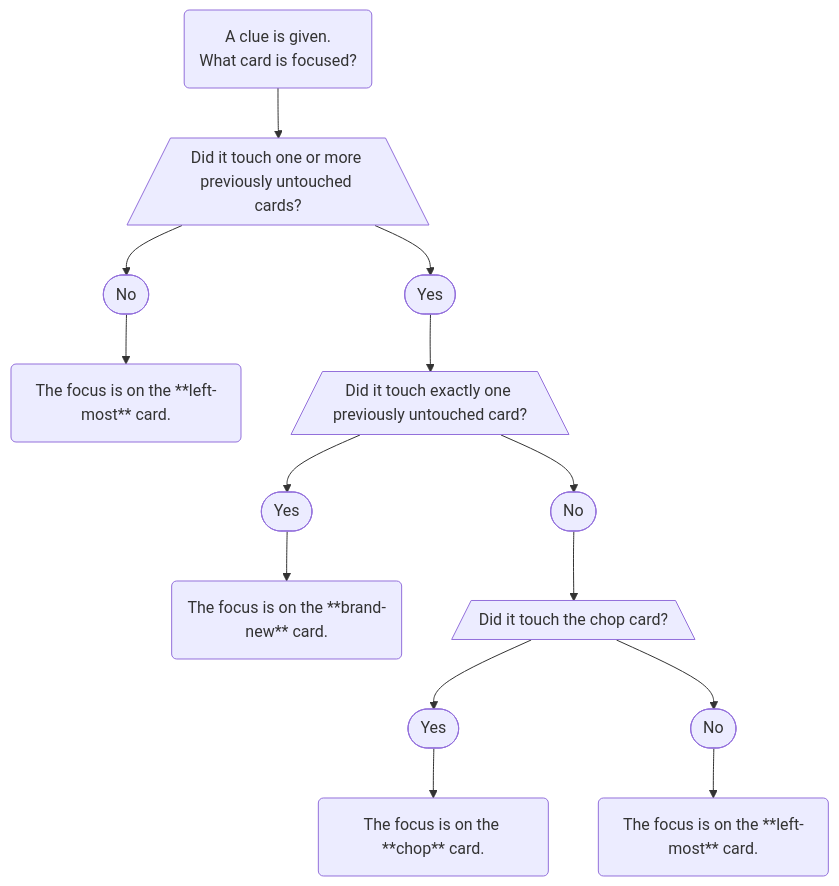
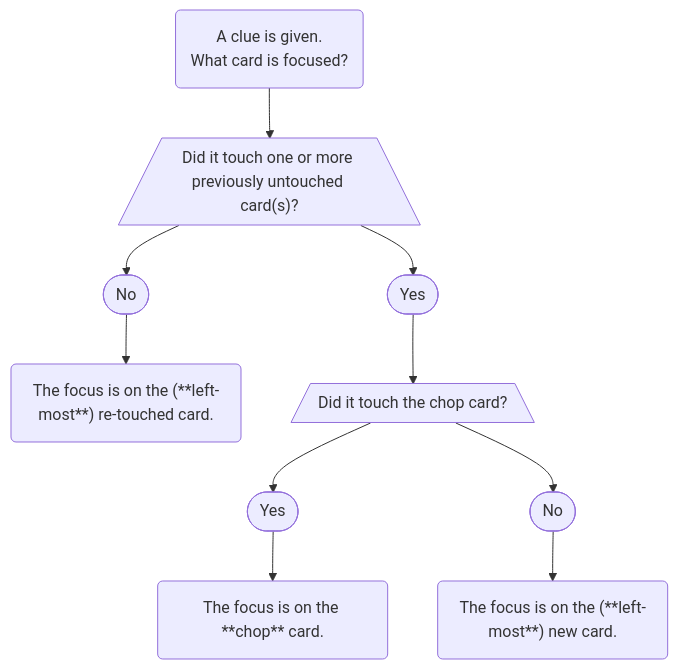
One commit to hanabi/hanabi.github.io changed the diagram in docs/level-1.mdx. Above: the diagram before and after it, drawn with Mermaid. The commit also changed other lines of this file, not shown here.

Commit message:
Streamlining Clue-Focus Flowchart

````diff
--- a/docs/level-1.mdx
+++ b/docs/level-1.mdx
@@ -58,37 +58,29 @@
 ```mermaid
 flowchart TD;
 
 S(A clue is given.<br />What card is focused?)
-D1[/Did it touch one or more previously untouched cards?\]
+D1[/"Did it touch one or more previously untouched card(s)?"\]
 D1Y([Yes])
 D1N([No])
-D1NL(The focus is on the **left-most** card.)
-D2[/Did it touch exactly one previously untouched card?\]
+D1NL("The focus is on the (**left-most**) re-touched card.")
+D2[/"Did it touch the chop card?"\]
 D2Y([Yes])
 D2N([No])
-D2YL(The focus is on the **brand-new** card.)
-D3[/Did it touch the chop card?\]
-D3Y([Yes])
-D3N([No])
-D3YL(The focus is on the **chop** card.)
-D3NL(The focus is on the **left-most** card.)
+D2YL(The focus is on the **chop** card.)
+D2NL("The focus is on the (**left-most**) new card.")
 
-class D1Y,D2Y,D3Y node-yes
-class D1N,D2N,D3N node-no
-class S,D1NL,D2YL,D3YL,D3NL node-act
-class D1,D2,D3 node-dec
+class D1Y,D2Y node-yes
+class D1N,D2N node-no
+class S,D1NL,D2YL,D2NL node-act
+class D1,D2 node-dec
 
 S --> D1;
 D1 --> D1Y;
 D1 --> D1N;
 D1N --> D1NL;
 D1Y --> D2;
 D2 --> D2Y;
 D2 --> D2N;
 D2Y --> D2YL;
-D2N --> D3;
-D3 --> D3Y;
-D3 --> D3N;
-D3Y --> D3YL;
-D3N --> D3NL;
+D2N --> D2NL;
 ```
````
